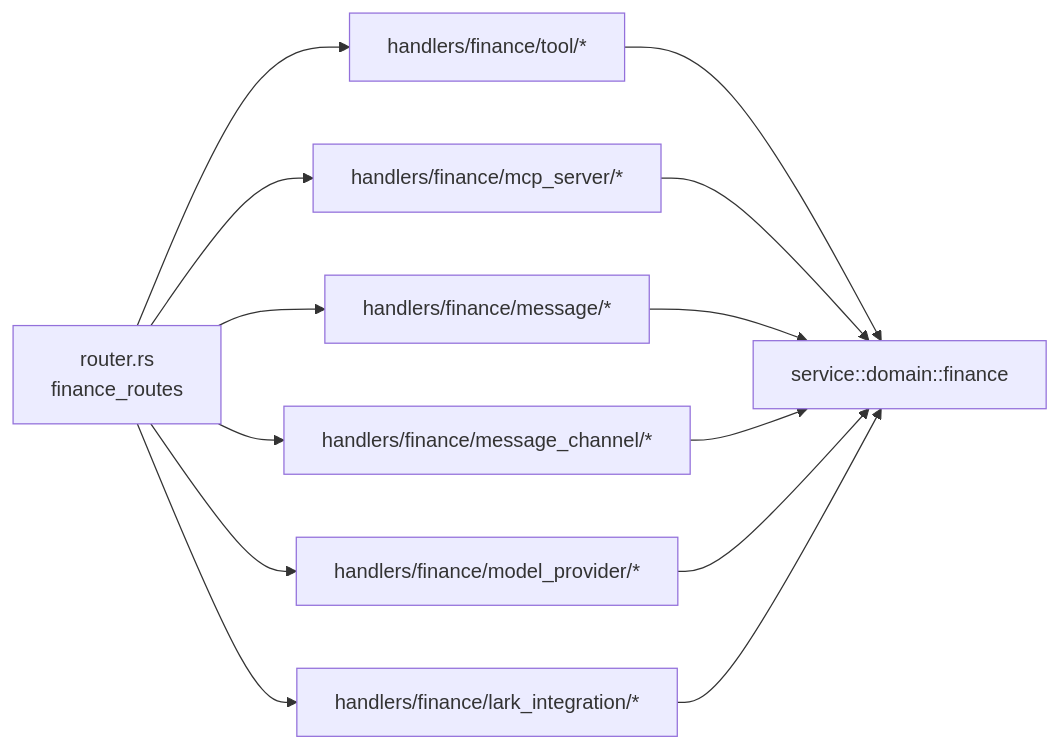
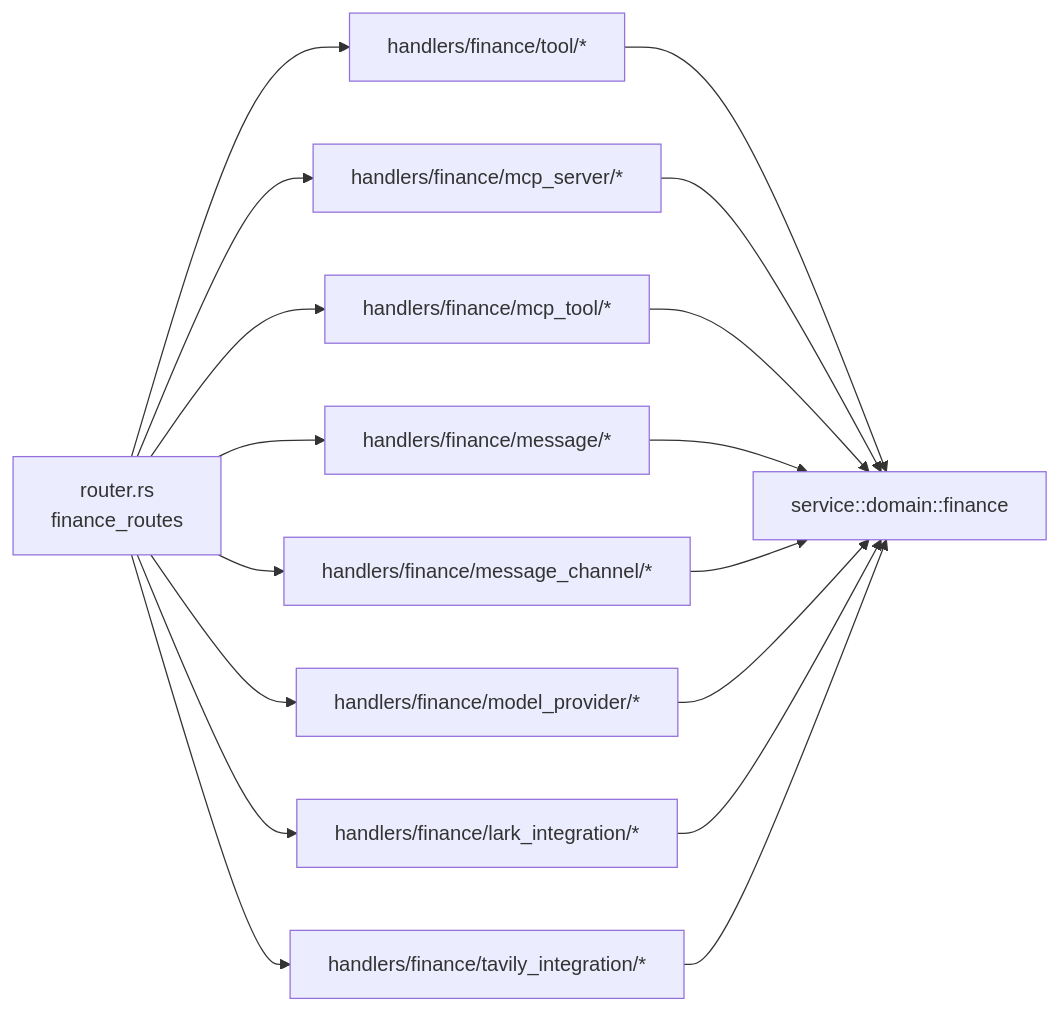
Before and after one commit to runningcoders/ai_orz: the ninth of 9 diagrams in docs/wiki/zh/content/核心模块/处理器层/Finance模块处理器/Finance模块处理器.md, drawn with Mermaid. The commit also changed other lines of this file and 33 other files, not shown here.

````diff
--- a/docs/wiki/zh/content/核心模块/处理器层/Finance模块处理器/Finance模块处理器.md
+++ b/docs/wiki/zh/content/核心模块/处理器层/Finance模块处理器/Finance模块处理器.md
@@ -350,15 +390,19 @@
 ```mermaid
 graph LR
 R["router.rs<br/>finance_routes"] --> T["handlers/finance/tool/*"]
 R --> M["handlers/finance/mcp_server/*"]
+R --> MT["handlers/finance/mcp_tool/*"]
 R --> MS["handlers/finance/message/*"]
 R --> MC["handlers/finance/message_channel/*"]
 R --> MP["handlers/finance/model_provider/*"]
 R --> LI["handlers/finance/lark_integration/*"]
+R --> TI["handlers/finance/tavily_integration/*"]
 T --> D["service::domain::finance"]
 M --> D
+MT --> D
 MS --> D
 MC --> D
 MP --> D
 LI --> D
+TI --> D
 ```
````
